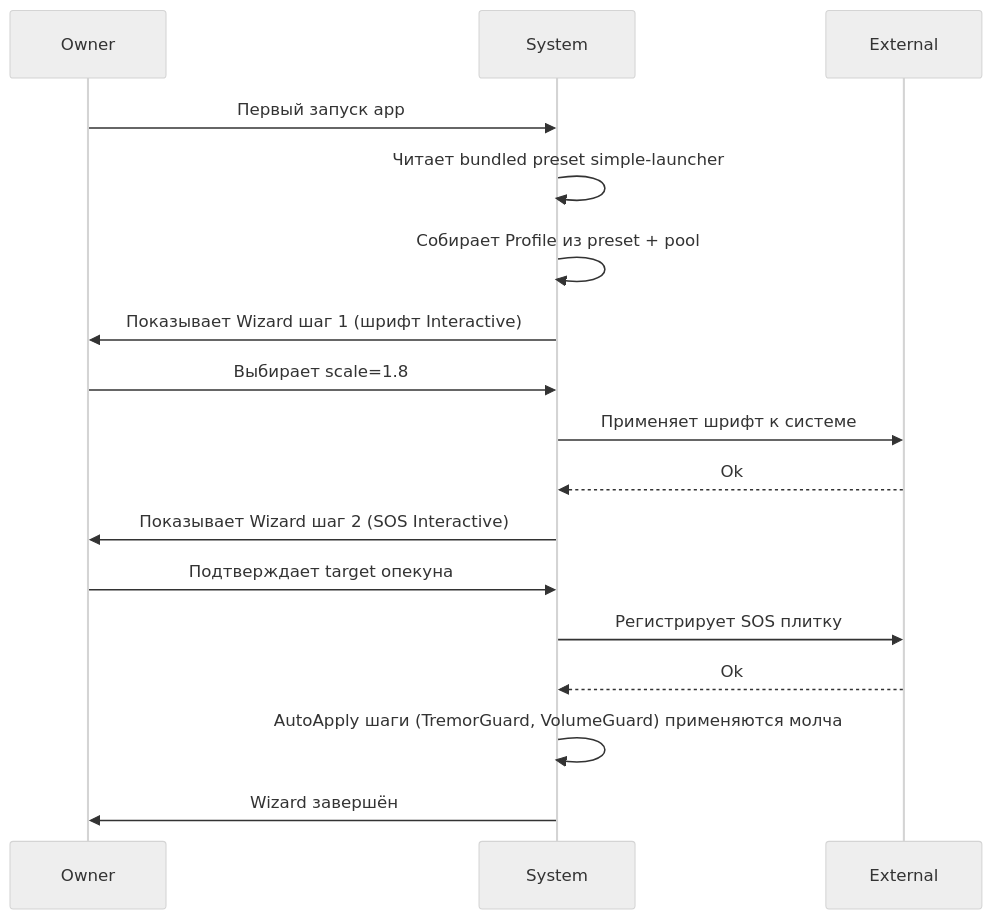
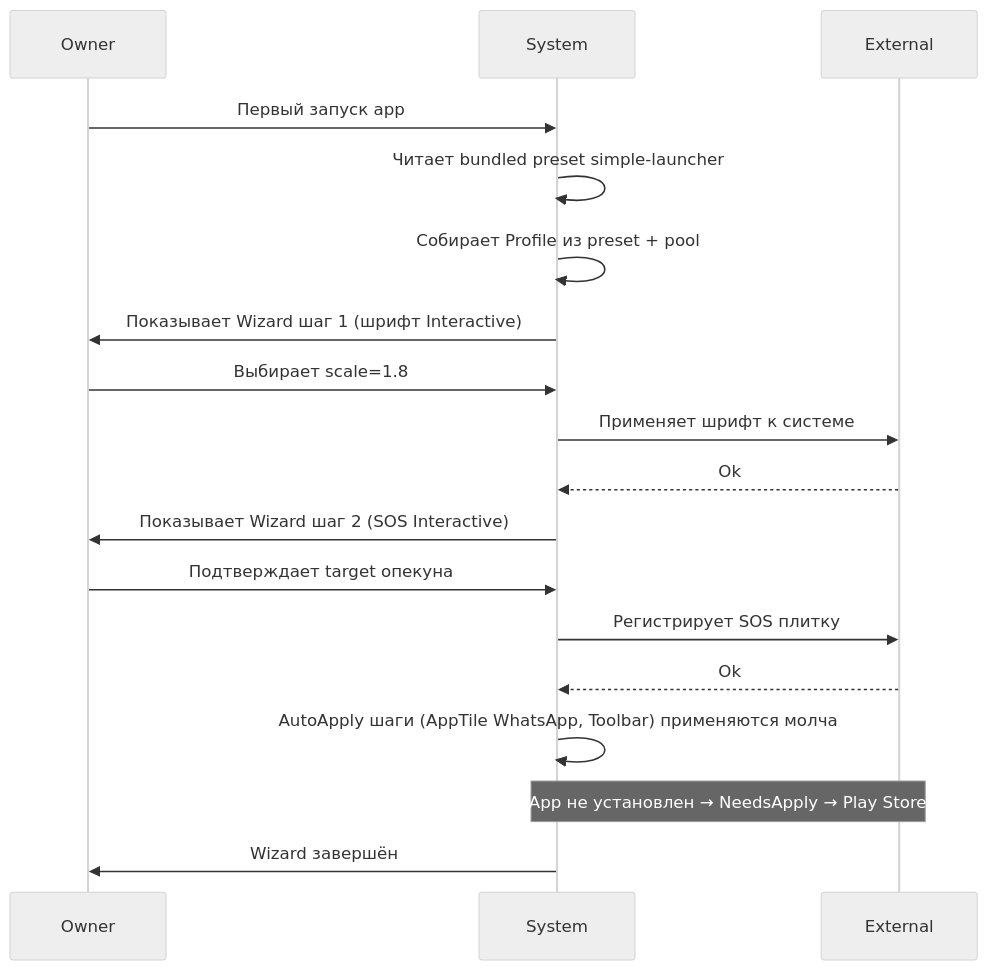
One commit to jeromwork/launcher changed the first of 6 diagrams in specs/task-120-preset-composition-foundation/spec.md. Above: the diagram before and after it, drawn with Mermaid (neutral theme). The commit also changed other lines of this file and 2 other files, not shown here.

````diff
--- a/specs/task-120-preset-composition-foundation/spec.md
+++ b/specs/task-120-preset-composition-foundation/spec.md
@@ -261,19 +271,20 @@
 ```mermaid
 sequenceDiagram
   participant U as Owner
   participant S as System
   participant EX as External
   U->>S: Первый запуск app
   S->>S: Читает bundled preset simple-launcher
   S->>S: Собирает Profile из preset + pool
   S->>U: Показывает Wizard шаг 1 (шрифт Interactive)
   U->>S: Выбирает scale=1.8
   S->>EX: Применяет шрифт к системе
   EX-->>S: Ok
   S->>U: Показывает Wizard шаг 2 (SOS Interactive)
   U->>S: Подтверждает target опекуна
   S->>EX: Регистрирует SOS плитку
   EX-->>S: Ok
-  S->>S: AutoApply шаги (TremorGuard, VolumeGuard) применяются молча
+  S->>S: AutoApply шаги (AppTile WhatsApp, Toolbar) применяются молча
+  Note over S,EX: WhatsApp не установлен → NeedsApply → Play Store intent
   S->>U: Wizard завершён
 ```
````
